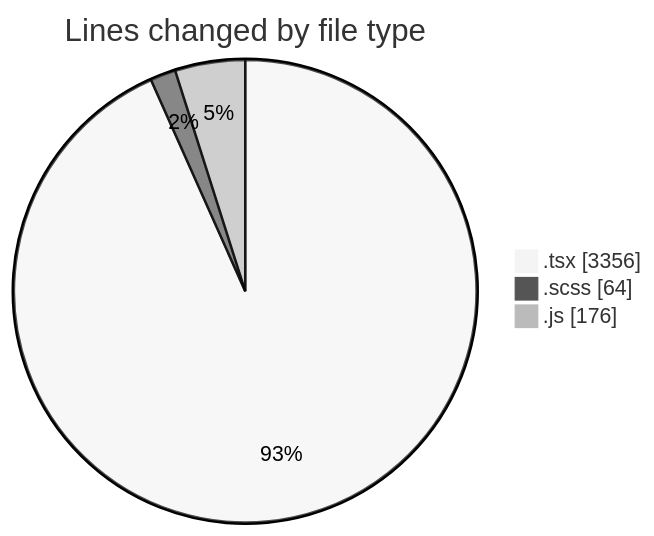
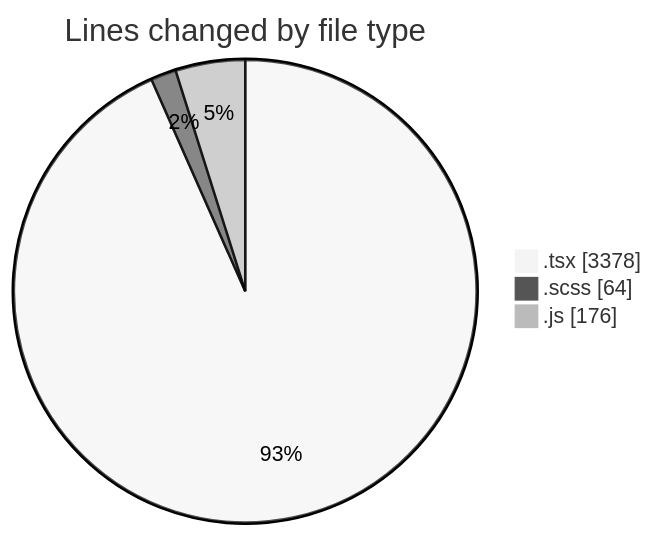
The first of 2 diagrams in 2025-06-16/cda/README.md (momahboobian/code-tracking), drawn with Mermaid (neutral theme) before and after one commit. The commit also changed other lines of this file and 1 other file, not shown here.

````diff
--- a/2025-06-16/cda/README.md
+++ b/2025-06-16/cda/README.md
@@ -35,7 +35,7 @@
 ```mermaid
 pie showData
 title Lines changed by file type
-".tsx" : 3356
+".tsx" : 3378
 ".scss" : 64
 ".js" : 176
 ```
````
